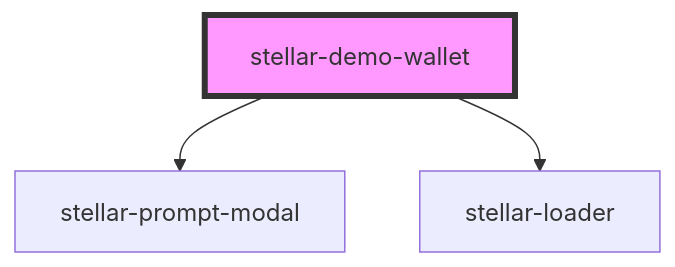
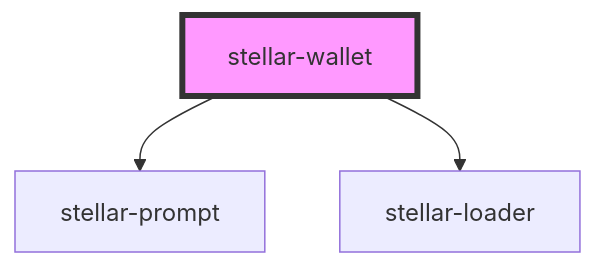
One commit to stellar/stellar-demo-wallet changed the diagram in src/components/wallet/readme.md. Above: the diagram before and after it, drawn with Mermaid. The commit also changed other lines of this file and 11 other files, not shown here.

````diff
--- a/src/components/wallet/readme.md
+++ b/src/components/wallet/readme.md
@@ -23,6 +23,6 @@
 ```mermaid
 graph TD;
-  stellar-demo-wallet --> stellar-prompt-modal
-  stellar-demo-wallet --> stellar-loader
-  style stellar-demo-wallet fill:#f9f,stroke:#333,stroke-width:4px
+  stellar-wallet --> stellar-prompt
+  stellar-wallet --> stellar-loader
+  style stellar-wallet fill:#f9f,stroke:#333,stroke-width:4px
 ```
````
